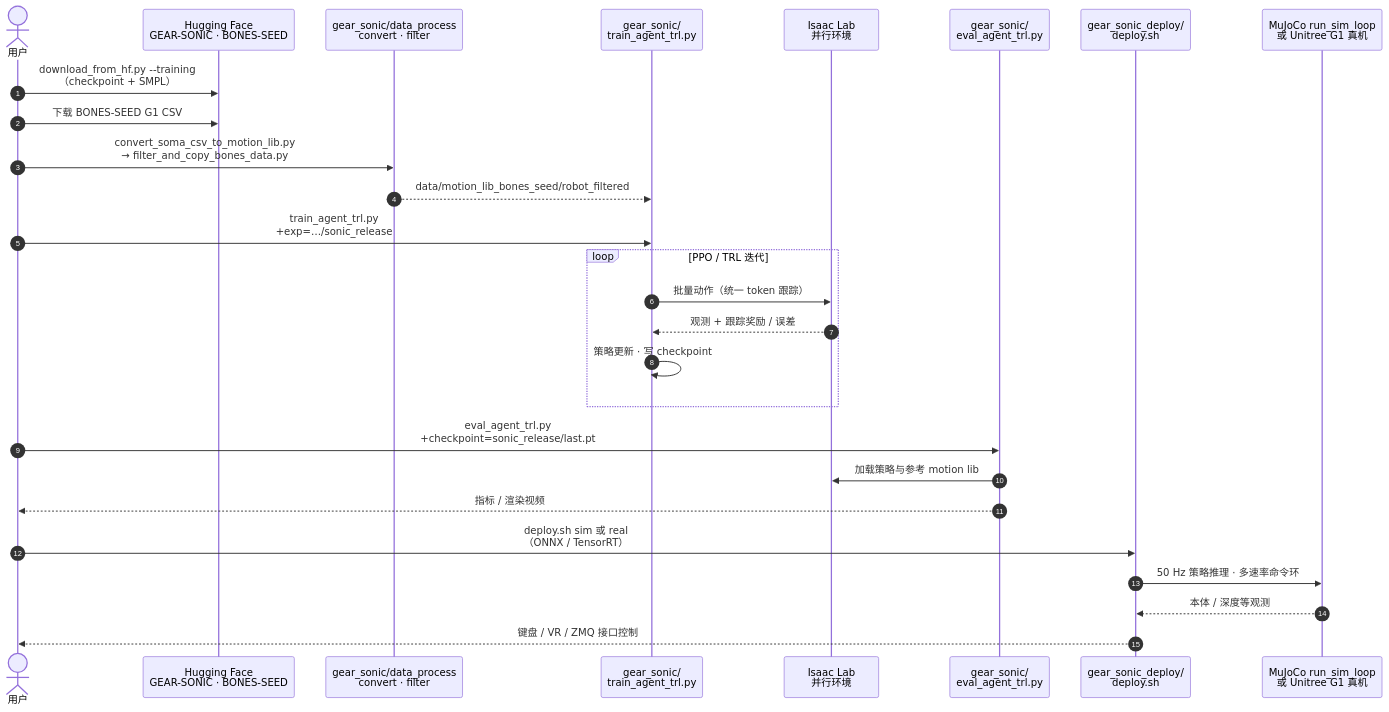
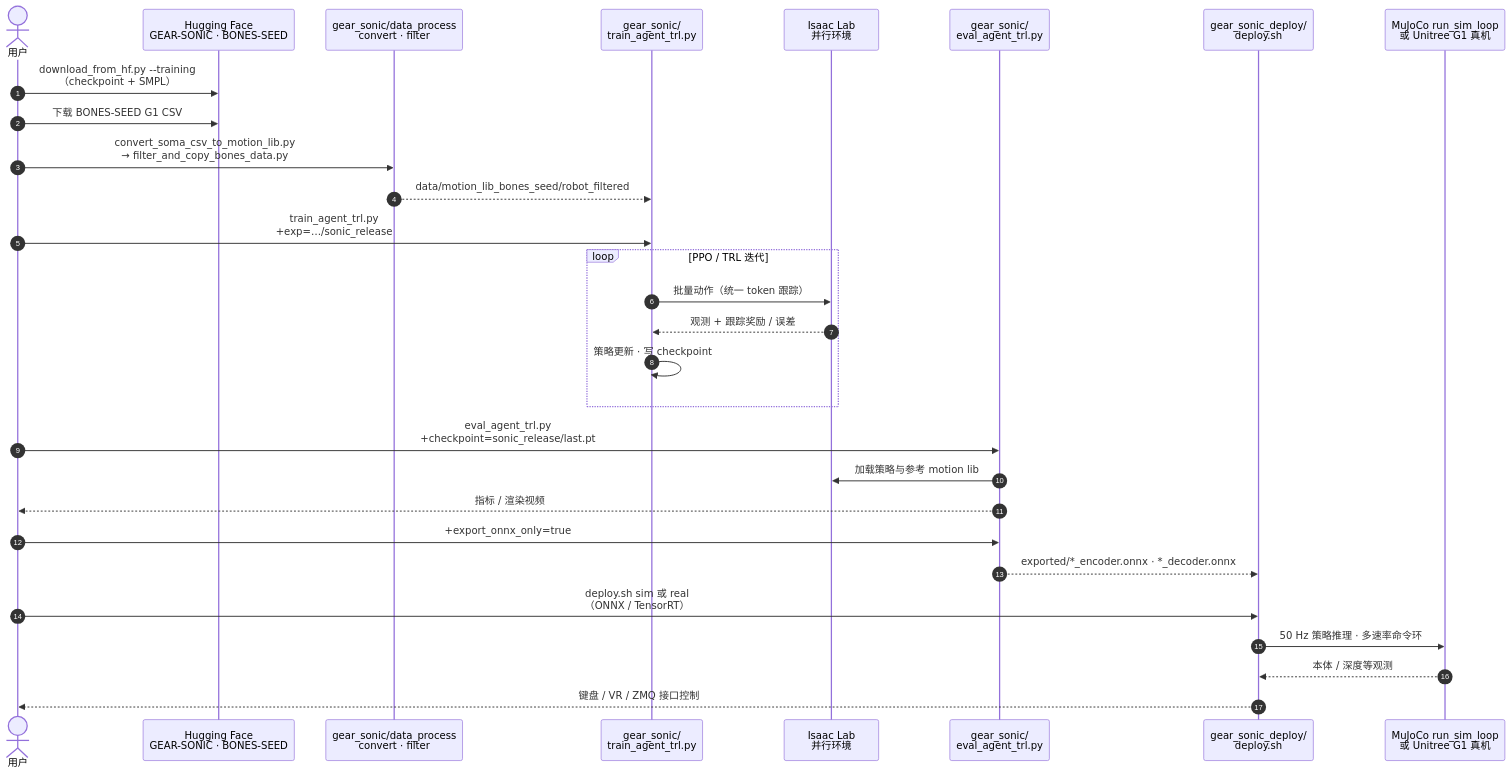
The fifth of 5 diagrams in wiki/methods/sonic-motion-tracking.md (ImChong/Robotics_Notebooks), drawn with Mermaid before and after one commit. The commit also changed other lines of this file and 7 other files, not shown here.

First line of the commit message:
docs(wiki): 优化 SONIC 读源码导航图示

````diff
--- a/wiki/methods/sonic-motion-tracking.md
+++ b/wiki/methods/sonic-motion-tracking.md
@@ -217,29 +332,31 @@
 ```mermaid
 sequenceDiagram
     autonumber
     actor U as 用户
     participant HF as Hugging Face<br/>GEAR-SONIC · BONES-SEED
     participant DP as gear_sonic/data_process<br/>convert · filter
     participant TR as gear_sonic/<br/>train_agent_trl.py
     participant LAB as Isaac Lab<br/>并行环境
     participant EV as gear_sonic/<br/>eval_agent_trl.py
     participant DEP as gear_sonic_deploy/<br/>deploy.sh
     participant SIM as MuJoCo run_sim_loop<br/>或 Unitree G1 真机
     U->>HF: download_from_hf.py --training<br/>（checkpoint + SMPL）
     U->>HF: 下载 BONES-SEED G1 CSV
     U->>DP: convert_soma_csv_to_motion_lib.py<br/>→ filter_and_copy_bones_data.py
     DP-->>TR: data/motion_lib_bones_seed/robot_filtered
     U->>TR: train_agent_trl.py<br/>+exp=…/sonic_release
     loop PPO / TRL 迭代
         TR->>LAB: 批量动作（统一 token 跟踪）
         LAB-->>TR: 观测 + 跟踪奖励 / 误差
         TR->>TR: 策略更新 · 写 checkpoint
     end
     U->>EV: eval_agent_trl.py<br/>+checkpoint=sonic_release/last.pt
     EV->>LAB: 加载策略与参考 motion lib
     EV-->>U: 指标 / 渲染视频
+    U->>EV: +export_onnx_only=true
+    EV-->>DEP: exported/*_encoder.onnx · *_decoder.onnx
     U->>DEP: deploy.sh sim 或 real<br/>（ONNX / TensorRT）
     DEP->>SIM: 50 Hz 策略推理 · 多速率命令环
     SIM-->>DEP: 本体 / 深度等观测
     DEP-->>U: 键盘 / VR / ZMQ 接口控制
 ```
````
